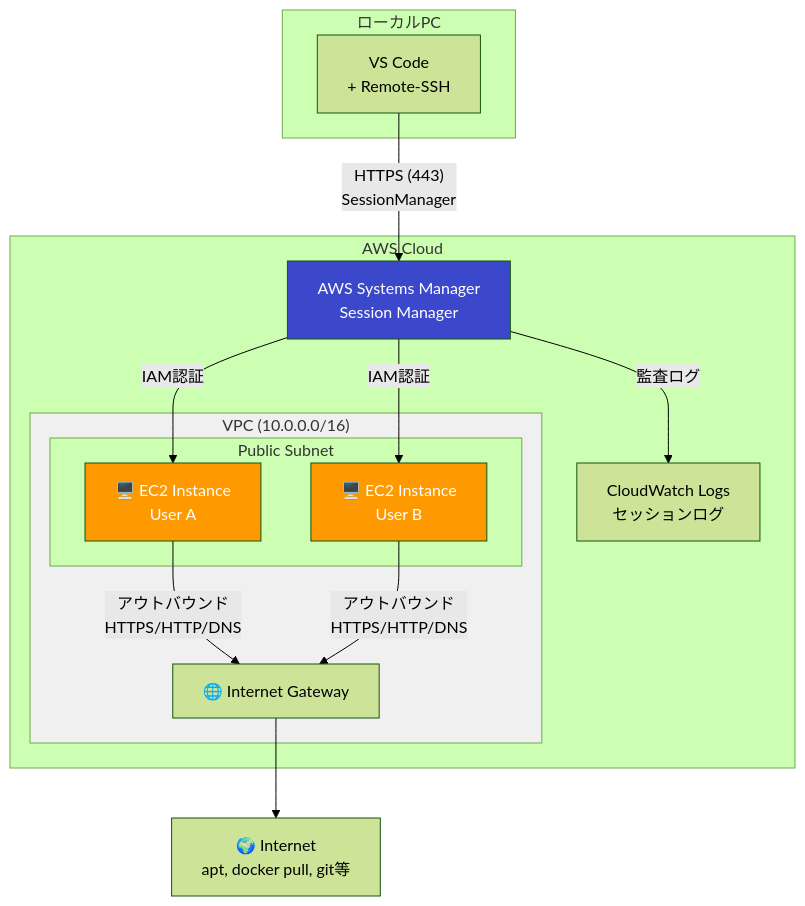
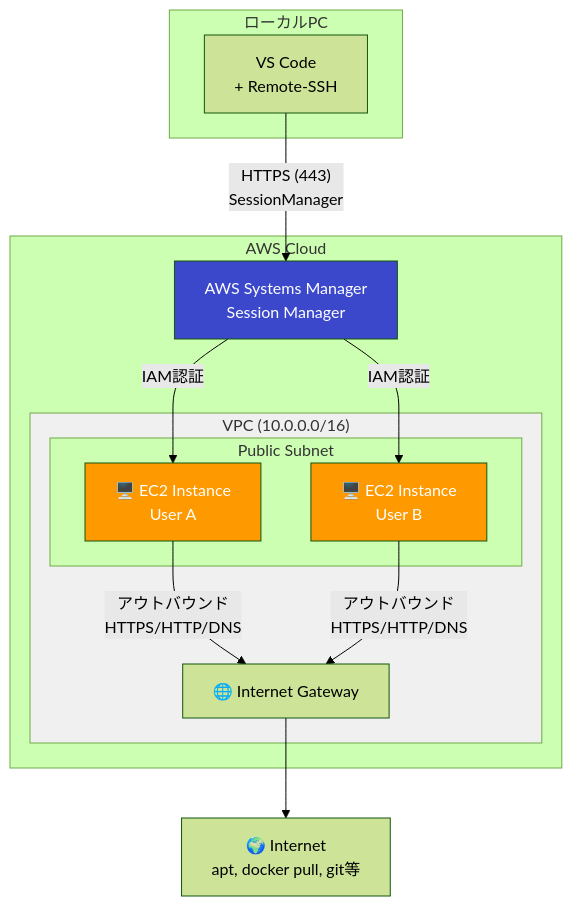
Before and after one commit to sukekyo26/ec2-workstation: the first of 4 diagrams in README.md, drawn with Mermaid (forest theme). The commit also changed other lines of this file and 7 other files, not shown here.

````diff
--- a/README.md
+++ b/README.md
@@ -27,30 +27,28 @@
 ```mermaid
 flowchart TB
     subgraph AWS["AWS Cloud"]
         subgraph VPC["VPC (10.0.0.0/16)"]
             subgraph Subnet["Public Subnet"]
                 EC2A["🖥️ EC2 Instance<br/>User A"]
                 EC2B["🖥️ EC2 Instance<br/>User B"]
             end
             IGW["🌐 Internet Gateway"]
         end
         SSM["AWS Systems Manager<br/>Session Manager"]
-        CW["CloudWatch Logs<br/>セッションログ"]
     end
 
     subgraph Local["ローカルPC"]
         VSCode["VS Code<br/>+ Remote-SSH"]
     end
 
     VSCode -->|"HTTPS (443)<br/>SessionManager"| SSM
     SSM -->|"IAM認証"| EC2A
     SSM -->|"IAM認証"| EC2B
-    SSM -->|"監査ログ"| CW
     EC2A & EC2B -->|"アウトバウンド<br/>HTTPS/HTTP/DNS"| IGW
     IGW --> Internet["🌍 Internet<br/>apt, docker pull, git等"]
 
     style EC2A fill:#ff9900,color:#fff
     style EC2B fill:#ff9900,color:#fff
     style SSM fill:#3b48cc,color:#fff
     style VPC fill:#f0f0f0
 ```
````
